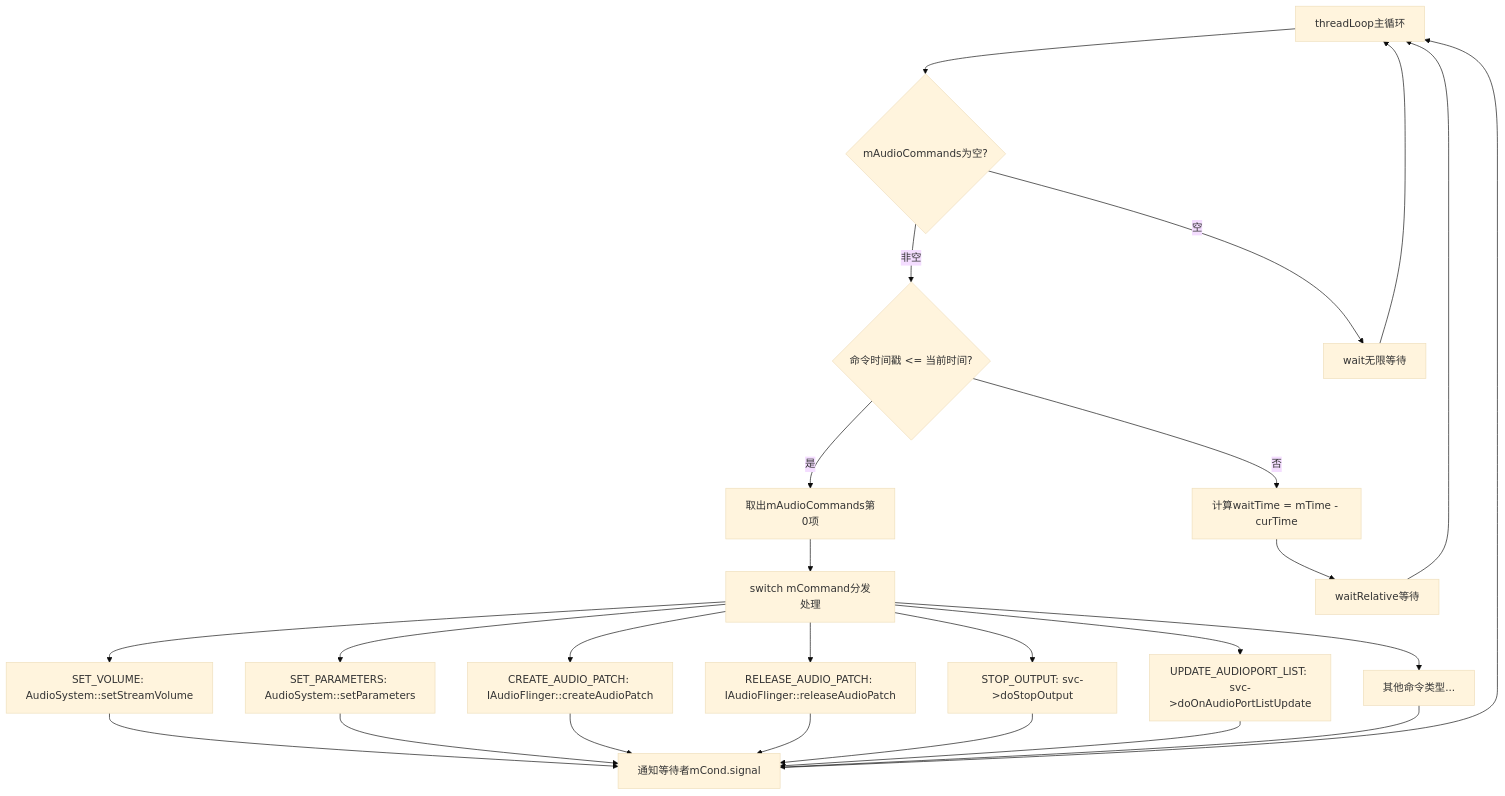
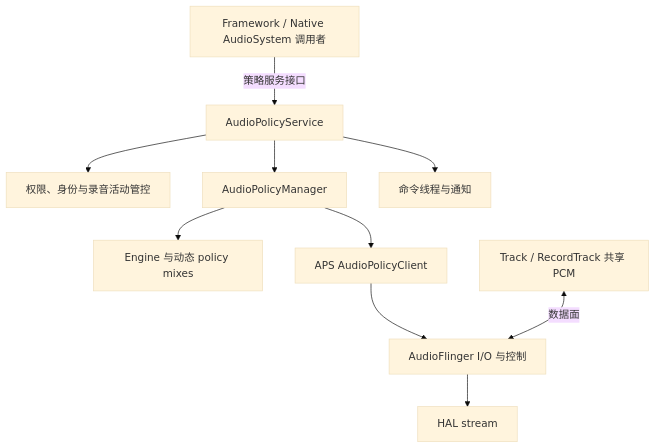
The first of 3 diagrams in 06_Audio_Policy_Engine/06_6.1_AudioPolicyService-控制面入口.md (yanglinzhen1022/SA8295_AAOS_QNX_Audio_KnowledgeBase), drawn with Mermaid (base theme) before and after one commit. The commit also changed other lines of this file and 11 other files, not shown here.

Commit message:
docs: rebuild native PCM and policy learning path from local source

````diff
--- a/06_Audio_Policy_Engine/06_6.1_AudioPolicyService-控制面入口.md
+++ b/06_Audio_Policy_Engine/06_6.1_AudioPolicyService-控制面入口.md
@@ -323,27 +15,12 @@
 ```mermaid
-flowchart TB
-    A[threadLoop主循环] --> B{mAudioCommands为空?}
-    B -- 非空 --> C{命令时间戳 <= 当前时间?}
-    C -- 是 --> D[取出mAudioCommands第0项]
-    D --> E[switch mCommand分发处理]
-    E --> F[SET_VOLUME: AudioSystem::setStreamVolume]
-    E --> G[SET_PARAMETERS: AudioSystem::setParameters]
-    E --> H[CREATE_AUDIO_PATCH: IAudioFlinger::createAudioPatch]
-    E --> I[RELEASE_AUDIO_PATCH: IAudioFlinger::releaseAudioPatch]
-    E --> J[STOP_OUTPUT: svc->doStopOutput]
-    E --> K[UPDATE_AUDIOPORT_LIST: svc->doOnAudioPortListUpdate]
-    E --> L[其他命令类型...]
-    F --> M[通知等待者mCond.signal]
-    G --> M
-    H --> M
-    I --> M
-    J --> M
-    K --> M
-    L --> M
-    M --> A
-    C -- 否 --> N[计算waitTime = mTime - curTime]
-    N --> O[waitRelative等待]
-    O --> A
-    B -- 空 --> P[wait无限等待]
-    P --> A
+flowchart TD
+    A[Framework / Native AudioSystem 调用者] -->|策略服务接口| S[AudioPolicyService]
+    S --> P[权限、身份与录音活动管控]
+    S --> M[AudioPolicyManager]
+    M --> E[Engine 与动态 policy mixes]
+    M --> C[APS AudioPolicyClient]
+    C --> F[AudioFlinger I/O 与控制]
+    S --> Q[命令线程与通知]
+    F --> H[HAL stream]
+    B[Track / RecordTrack 共享 PCM] <-->|数据面| F
 ```
````
